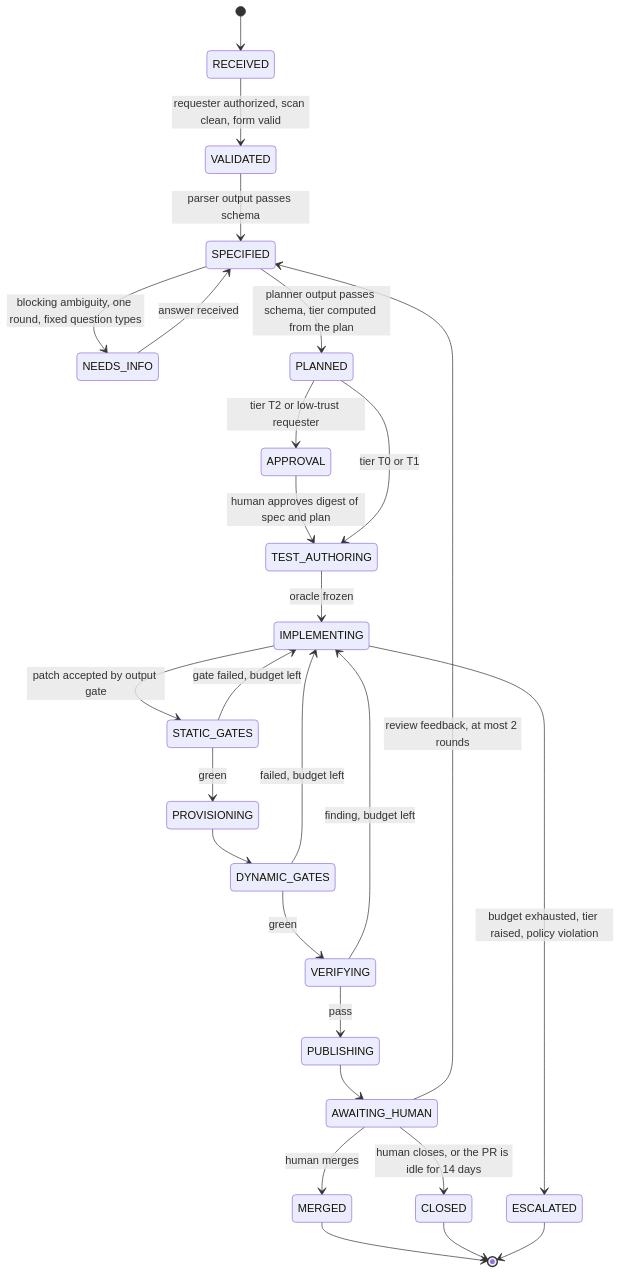
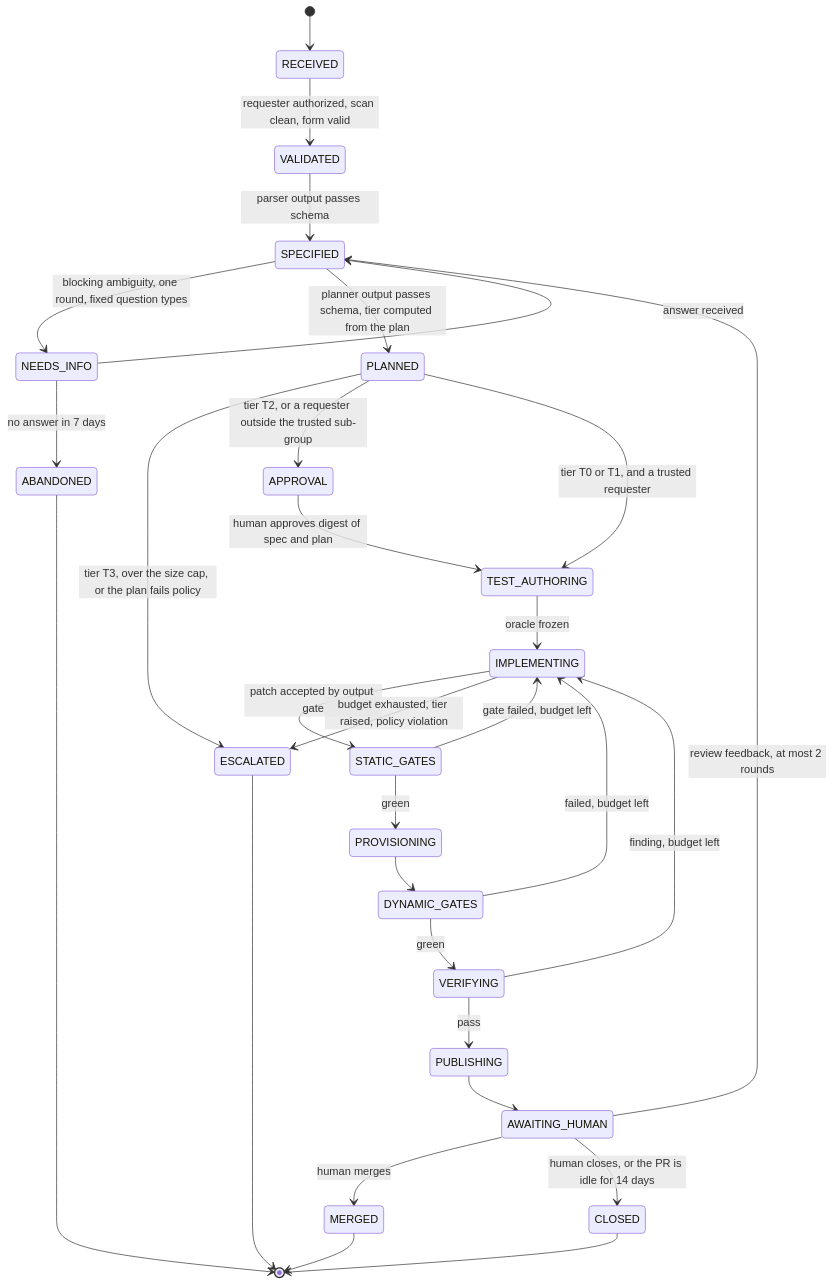
Before and after one commit to apkola29/fabric: the second of 2 diagrams in fabric-automation/docs/04-design.md, drawn with Mermaid. The commit also changed other lines of this file and 21 other files, not shown here.

````diff
--- a/fabric-automation/docs/04-design.md
+++ b/fabric-automation/docs/04-design.md
@@ -149,29 +131,32 @@
 ```mermaid
 stateDiagram-v2
   [*] --> RECEIVED
   RECEIVED --> VALIDATED: requester authorized, scan clean, form valid
   VALIDATED --> SPECIFIED: parser output passes schema
   SPECIFIED --> NEEDS_INFO: blocking ambiguity, one round, fixed question types
   NEEDS_INFO --> SPECIFIED: answer received
+  NEEDS_INFO --> ABANDONED: no answer in 7 days
   SPECIFIED --> PLANNED: planner output passes schema, tier computed from the plan
-  PLANNED --> APPROVAL: tier T2 or low-trust requester
+  PLANNED --> ESCALATED: tier T3, over the size cap, or the plan fails policy
+  PLANNED --> APPROVAL: tier T2, or a requester outside the trusted sub-group
   APPROVAL --> TEST_AUTHORING: human approves digest of spec and plan
-  PLANNED --> TEST_AUTHORING: tier T0 or T1
+  PLANNED --> TEST_AUTHORING: tier T0 or T1, and a trusted requester
   TEST_AUTHORING --> IMPLEMENTING: oracle frozen
   IMPLEMENTING --> STATIC_GATES: patch accepted by output gate
   STATIC_GATES --> IMPLEMENTING: gate failed, budget left
   STATIC_GATES --> PROVISIONING: green
   PROVISIONING --> DYNAMIC_GATES
   DYNAMIC_GATES --> IMPLEMENTING: failed, budget left
   DYNAMIC_GATES --> VERIFYING: green
   VERIFYING --> IMPLEMENTING: finding, budget left
   VERIFYING --> PUBLISHING: pass
   PUBLISHING --> AWAITING_HUMAN
   AWAITING_HUMAN --> SPECIFIED: review feedback, at most 2 rounds
   AWAITING_HUMAN --> MERGED: human merges
   AWAITING_HUMAN --> CLOSED: human closes, or the PR is idle for 14 days
   IMPLEMENTING --> ESCALATED: budget exhausted, tier raised, policy violation
   MERGED --> [*]
   CLOSED --> [*]
   ESCALATED --> [*]
+  ABANDONED --> [*]
 ```
````
